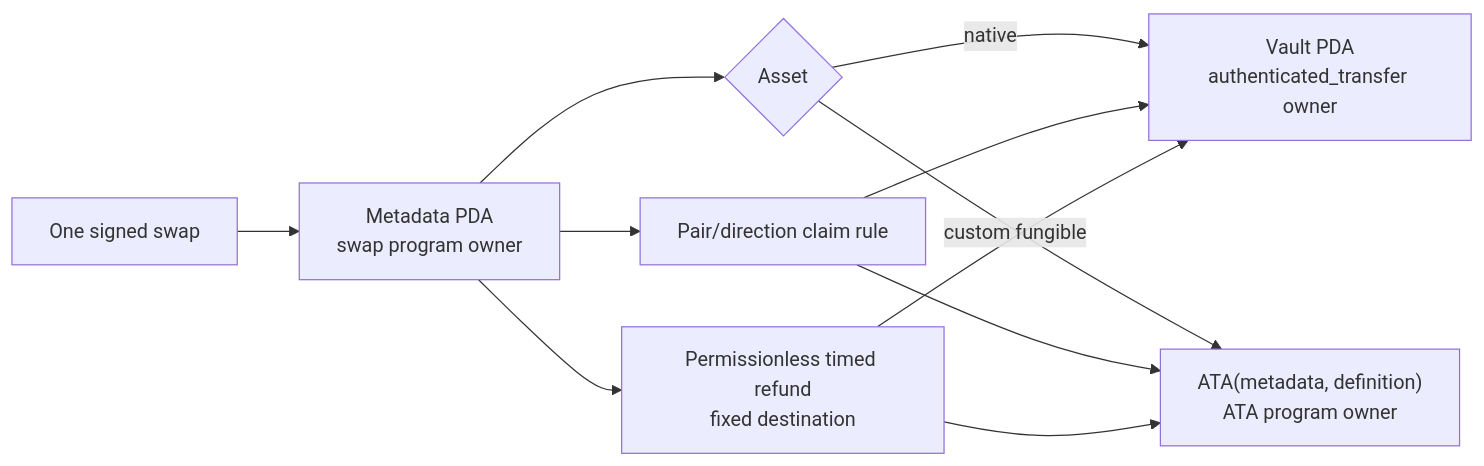
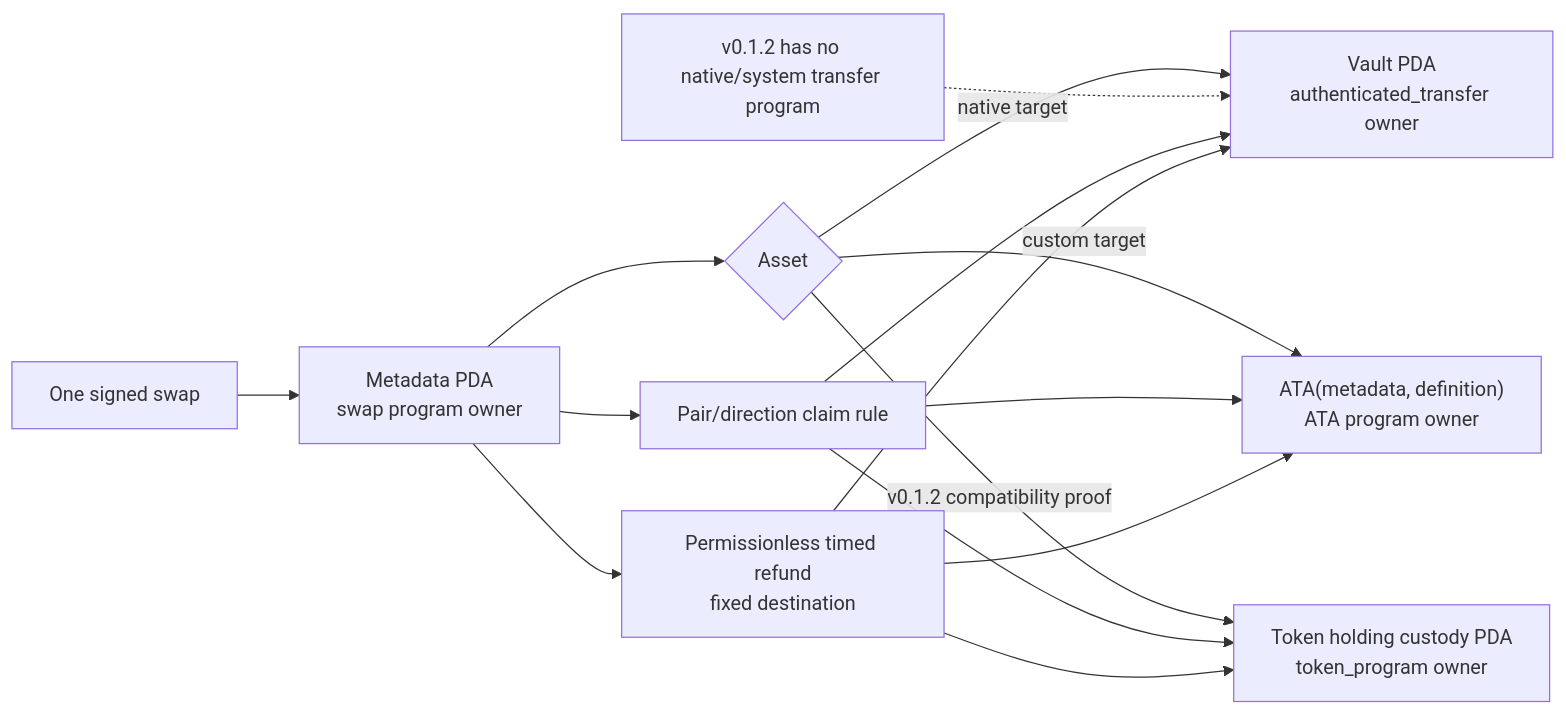
One commit to gateway-fm/lez-atomic-swaps changed the diagram in docs/architecture/0012-lez-escrow-custody.md. Above: the diagram before and after it, drawn with Mermaid. The commit also changed other lines of this file and 25 other files, not shown here.

Commit message:
feat: prove M2 ZEC and token custody foundations

````diff
--- a/docs/architecture/0012-lez-escrow-custody.md
+++ b/docs/architecture/0012-lez-escrow-custody.md
@@ -5,13 +5,17 @@
 ```mermaid
 flowchart LR
     Swap["One signed swap"] --> Meta["Metadata PDA<br/>swap program owner"]
     Meta --> Asset{"Asset"}
-    Asset -->|native| Vault["Vault PDA<br/>authenticated_transfer owner"]
-    Asset -->|custom fungible| ATA["ATA(metadata, definition)<br/>ATA program owner"]
+    Asset -->|native target| Vault["Vault PDA<br/>authenticated_transfer owner"]
+    Asset -->|custom target| ATA["ATA(metadata, definition)<br/>ATA program owner"]
+    Asset -->|v0.1.2 compatibility proof| Token["Token holding custody PDA<br/>token_program owner"]
+    Gap["v0.1.2 has no native/system transfer program"] -.-> Vault
     Meta --> Claim["Pair/direction claim rule"]
     Meta --> Refund["Permissionless timed refund<br/>fixed destination"]
     Claim --> Vault
     Claim --> ATA
+    Claim --> Token
     Refund --> Vault
     Refund --> ATA
+    Refund --> Token
 ```
````
